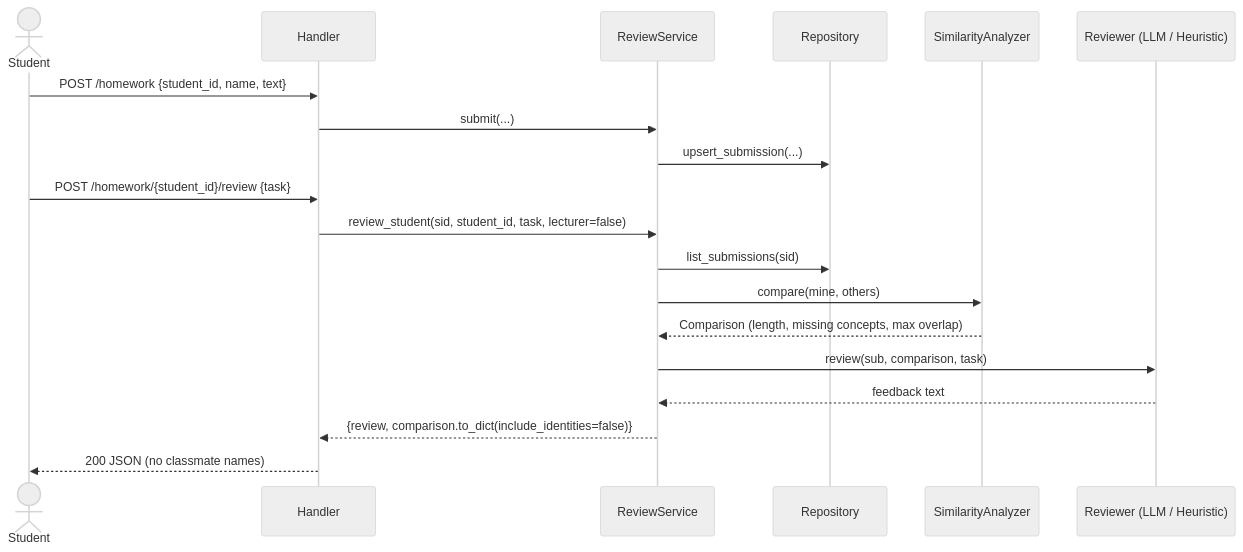
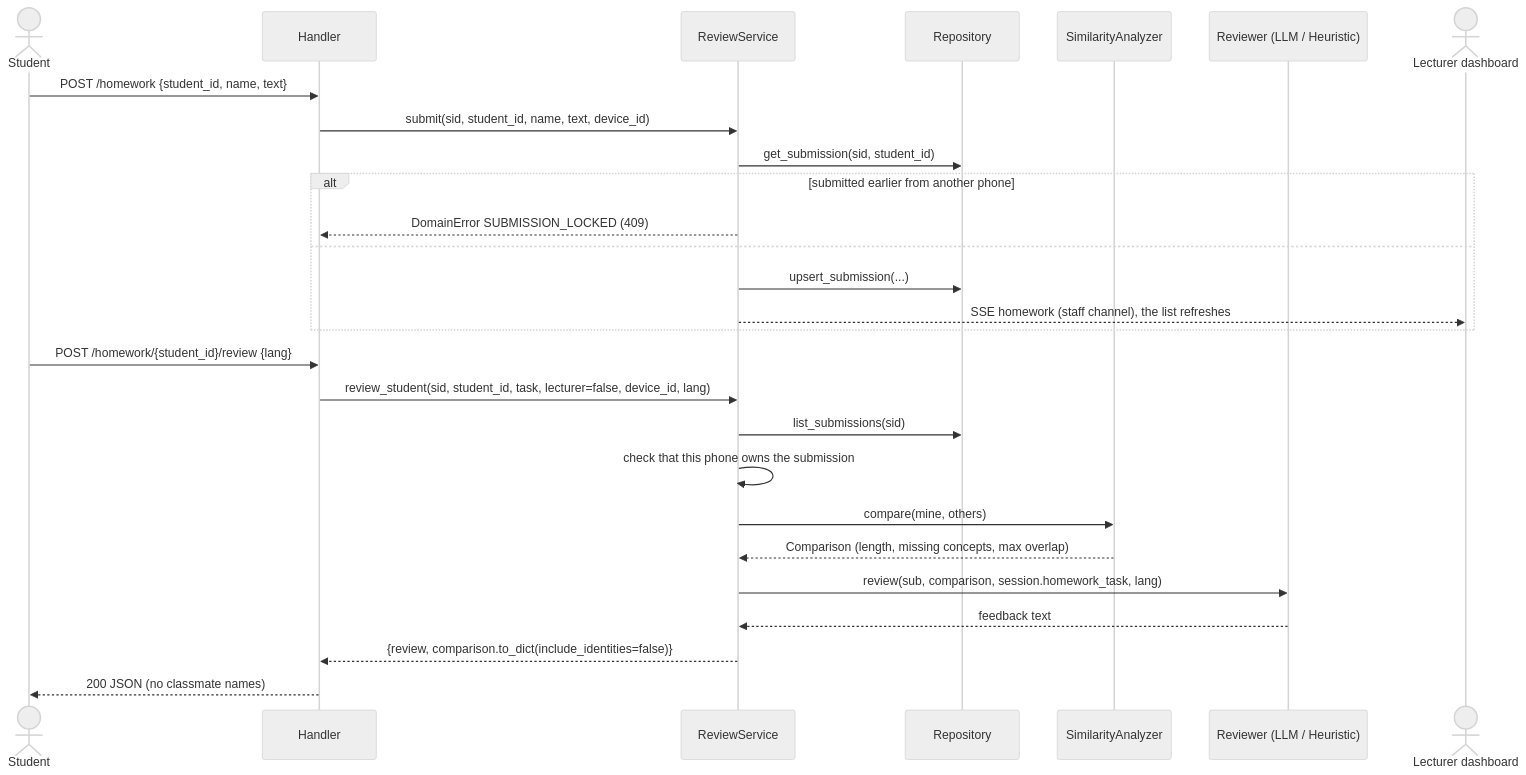
One commit to roneliyahu2001/oop-ex2-classpulse changed the sixth of 6 diagrams in docs/07-sequence-diagrams.md. Above: the diagram before and after it, drawn with Mermaid (neutral theme). The commit also changed other lines of this file and 47 other files, not shown here.

````diff
--- a/docs/07-sequence-diagrams.md
+++ b/docs/07-sequence-diagrams.md
@@ -130,22 +175,30 @@
 ```mermaid
 sequenceDiagram
   actor St as Student
   participant H as Handler
   participant RS as ReviewService
   participant R as Repository
   participant SA as SimilarityAnalyzer
   participant RV as Reviewer (LLM / Heuristic)
+  actor Lc as Lecturer dashboard
 
   St->>H: POST /homework {student_id, name, text}
-  H->>RS: submit(...)
-  RS->>R: upsert_submission(...)
-  St->>H: POST /homework/{student_id}/review {task}
-  H->>RS: review_student(sid, student_id, task, lecturer=false)
+  H->>RS: submit(sid, student_id, name, text, device_id)
+  RS->>R: get_submission(sid, student_id)
+  alt submitted earlier from another phone
+    RS-->>H: DomainError SUBMISSION_LOCKED (409)
+  else
+    RS->>R: upsert_submission(...)
+    RS-->>Lc: SSE homework (staff channel), the list refreshes
+  end
+  St->>H: POST /homework/{student_id}/review {lang}
+  H->>RS: review_student(sid, student_id, task, lecturer=false, device_id, lang)
   RS->>R: list_submissions(sid)
+  RS->>RS: check that this phone owns the submission
   RS->>SA: compare(mine, others)
   SA-->>RS: Comparison (length, missing concepts, max overlap)
-  RS->>RV: review(sub, comparison, task)
+  RS->>RV: review(sub, comparison, session.homework_task, lang)
   RV-->>RS: feedback text
   RS-->>H: {review, comparison.to_dict(include_identities=false)}
   H-->>St: 200 JSON (no classmate names)
 ```
````
